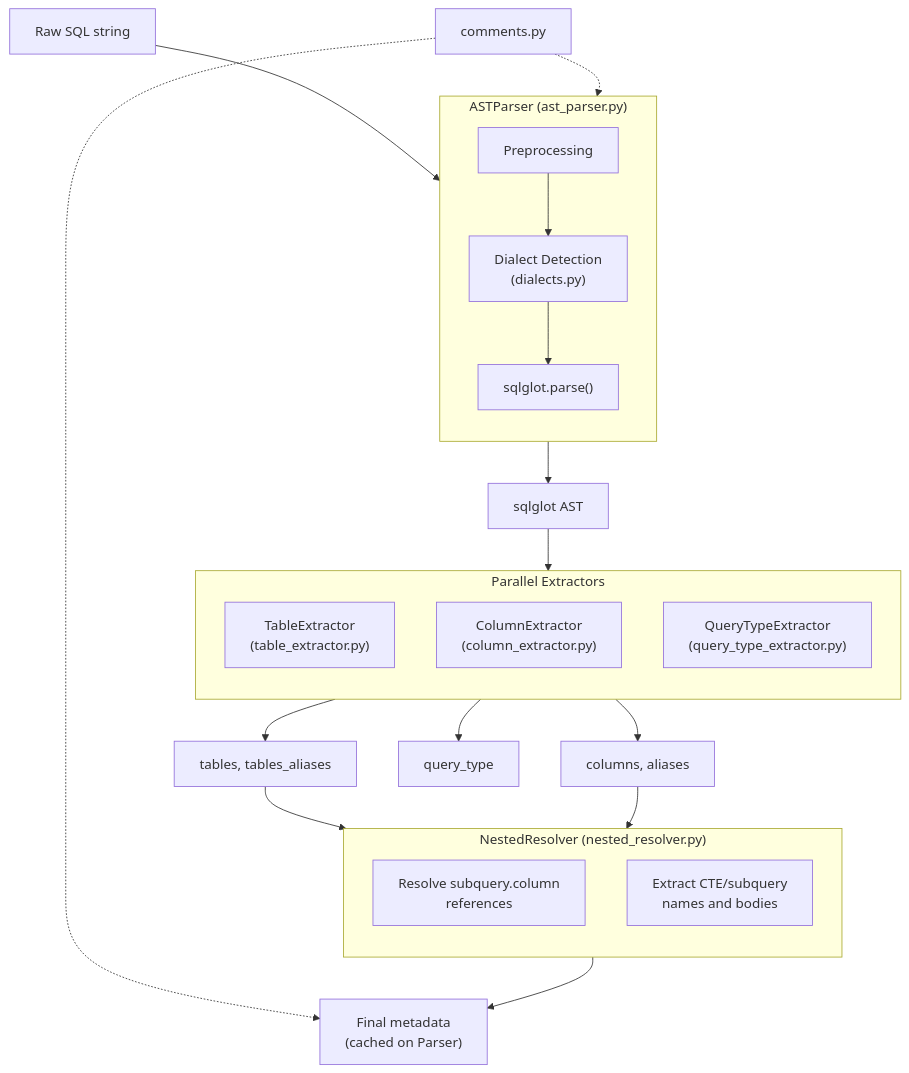
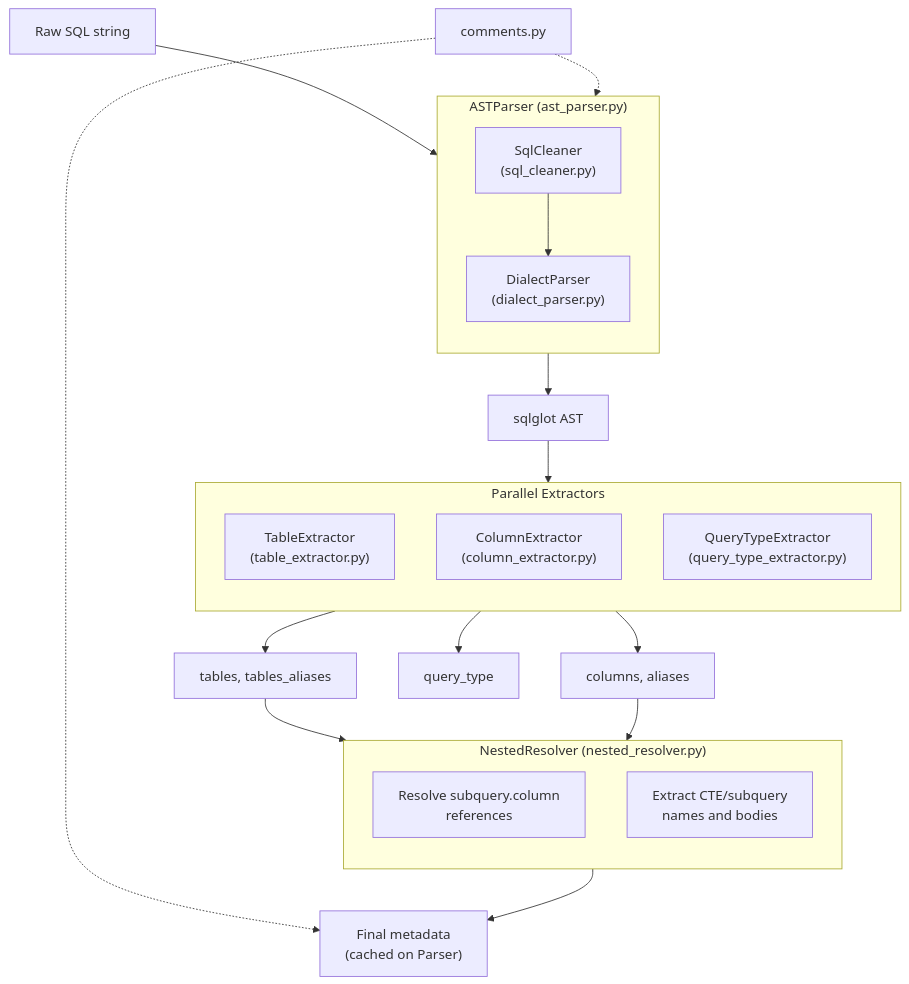
The first of 9 diagrams in ARCHITECTURE.md (macbre/sql-metadata), drawn with Mermaid before and after one commit. The commit also changed other lines of this file and 6 other files, not shown here.

````diff
--- a/ARCHITECTURE.md
+++ b/ARCHITECTURE.md
@@ -25,42 +26,41 @@
 ```mermaid
 flowchart TB
     SQL["Raw SQL string"]
 
     subgraph AST_CONSTRUCTION["ASTParser (ast_parser.py)"]
         direction TB
-        PP["Preprocessing"]
-        DD["Dialect Detection\n(dialects.py)"]
-        SG["sqlglot.parse()"]
-        PP --> DD --> SG
+        PP["SqlCleaner\n(sql_cleaner.py)"]
+        DP["DialectParser\n(dialect_parser.py)"]
+        PP --> DP
     end
 
     SQL --> AST_CONSTRUCTION
     AST_CONSTRUCTION --> AST["sqlglot AST"]
 
     subgraph EXTRACTION["Parallel Extractors"]
         direction TB
         TE["TableExtractor\n(table_extractor.py)"]
         CE["ColumnExtractor\n(column_extractor.py)"]
         QT["QueryTypeExtractor\n(query_type_extractor.py)"]
     end
 
     AST --> EXTRACTION
 
     TE --> TA["tables, tables_aliases"]
     CE --> COLS["columns, aliases"]
     QT --> QTR["query_type"]
 
     TA --> NR
     COLS --> NR
 
     subgraph RESOLVE["NestedResolver (nested_resolver.py)"]
         direction TB
         NR["Resolve subquery.column\nreferences"]
         NE["Extract CTE/subquery\nnames and bodies"]
     end
 
     RESOLVE --> FINAL["Final metadata\n(cached on Parser)"]
 
     COM["comments.py"] -.-> AST_CONSTRUCTION
     COM -.-> FINAL
 ```
````
